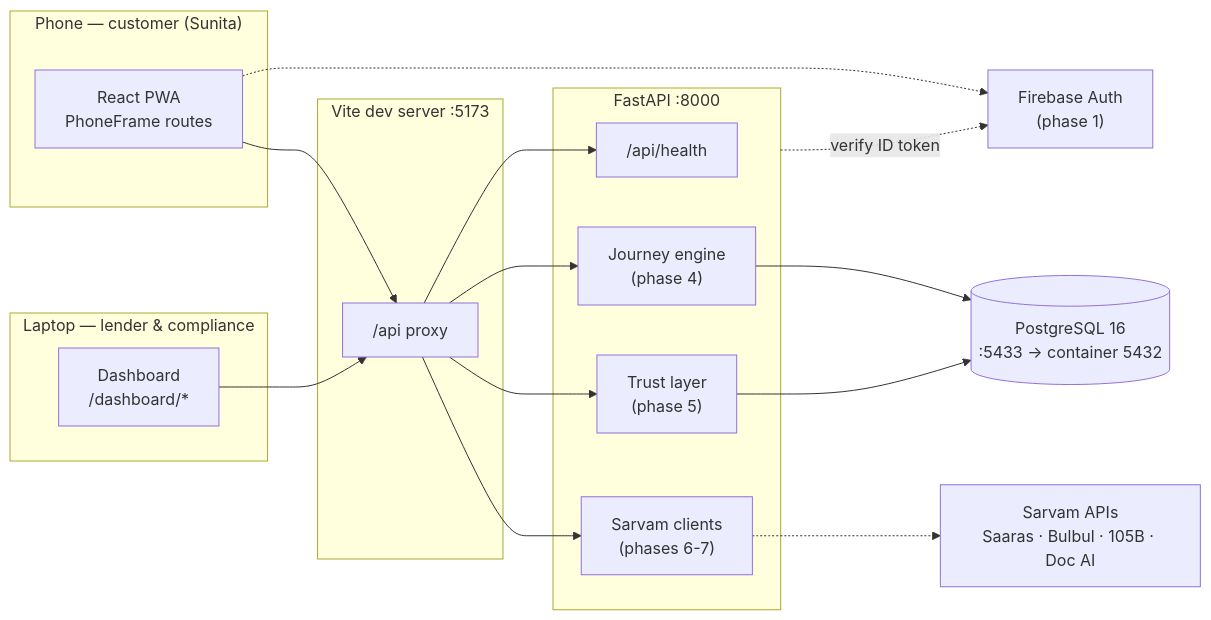
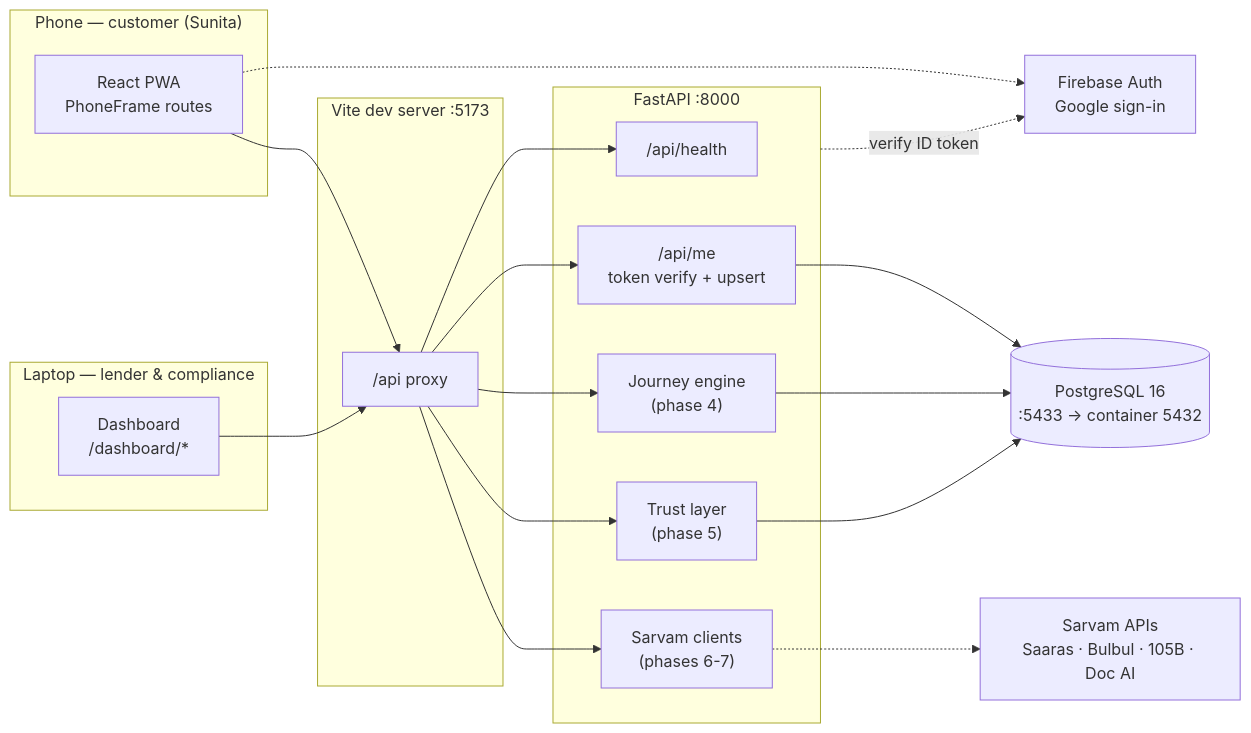
One commit to arijits16/spashtpaytm changed the first of 3 diagrams in docs/ARCHITECTURE.md. Above: the diagram before and after it, drawn with Mermaid. The commit also changed other lines of this file and 33 other files, not shown here.

````diff
--- a/docs/ARCHITECTURE.md
+++ b/docs/ARCHITECTURE.md
@@ -8,34 +8,36 @@
 ```mermaid
 flowchart LR
   subgraph Phone["Phone — customer (Sunita)"]
     UI["React PWA<br/>PhoneFrame routes"]
   end
 
   subgraph Laptop["Laptop — lender & compliance"]
     DASH["Dashboard<br/>/dashboard/*"]
   end
 
   subgraph Web["Vite dev server :5173"]
     PROXY["/api proxy"]
   end
 
   subgraph API["FastAPI :8000"]
     HEALTH["/api/health"]
+    AUTH["/api/me<br/>token verify + upsert"]
     ENGINE["Journey engine<br/>(phase 4)"]
     TRUST["Trust layer<br/>(phase 5)"]
     AI["Sarvam clients<br/>(phases 6-7)"]
   end
 
   DB[("PostgreSQL 16<br/>:5433 → container 5432")]
   SARVAM["Sarvam APIs<br/>Saaras · Bulbul · 105B · Doc AI"]
-  FB["Firebase Auth<br/>(phase 1)"]
+  FB["Firebase Auth<br/>Google sign-in"]
 
   UI --> PROXY
   DASH --> PROXY
-  PROXY --> HEALTH & ENGINE & TRUST & AI
+  PROXY --> HEALTH & AUTH & ENGINE & TRUST & AI
+  AUTH --> DB
   ENGINE --> DB
   TRUST --> DB
   AI -.-> SARVAM
   UI -.-> FB
   API -.->|verify ID token| FB
 ```
````
